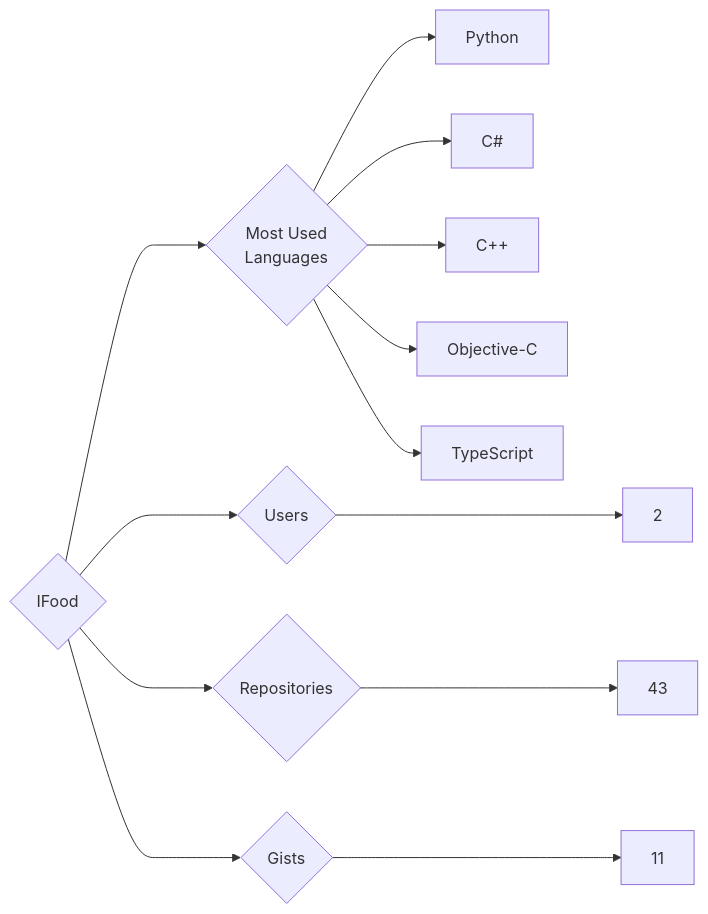
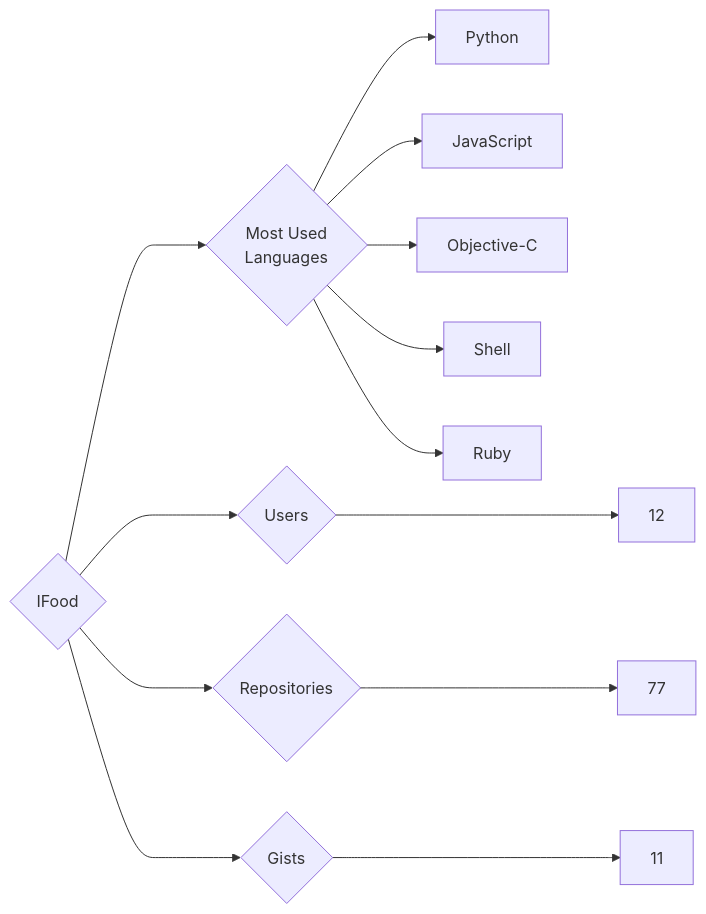
One commit to trickest/insiders changed the diagram in targets/IFood/README.md. Above: the diagram before and after it, drawn with Mermaid. The commit also changed 998 other files, not shown here.

````diff
--- a/targets/IFood/README.md
+++ b/targets/IFood/README.md
@@ -3,13 +3,13 @@
 ```mermaid
 graph LR
 COMPANY_NAME{IFood}
-COMPANY_NAME ---> U{Users} ---> UN[2]
-COMPANY_NAME ---> R{Repositories} ---> RN[43]
+COMPANY_NAME ---> U{Users} ---> UN[12]
+COMPANY_NAME ---> R{Repositories} ---> RN[77]
 COMPANY_NAME ---> G{Gists} ---> GN[11]
 COMPANY_NAME ---> ML{Most Used<br>Languages}
 ML --> Python[Python]
-ML --> C#[C#]
-ML --> C++[C++]
+ML --> JavaScript[JavaScript]
 ML --> Objective-C[Objective-C]
-ML --> TypeScript[TypeScript]
+ML --> Shell[Shell]
+ML --> Ruby[Ruby]
 ```
````
